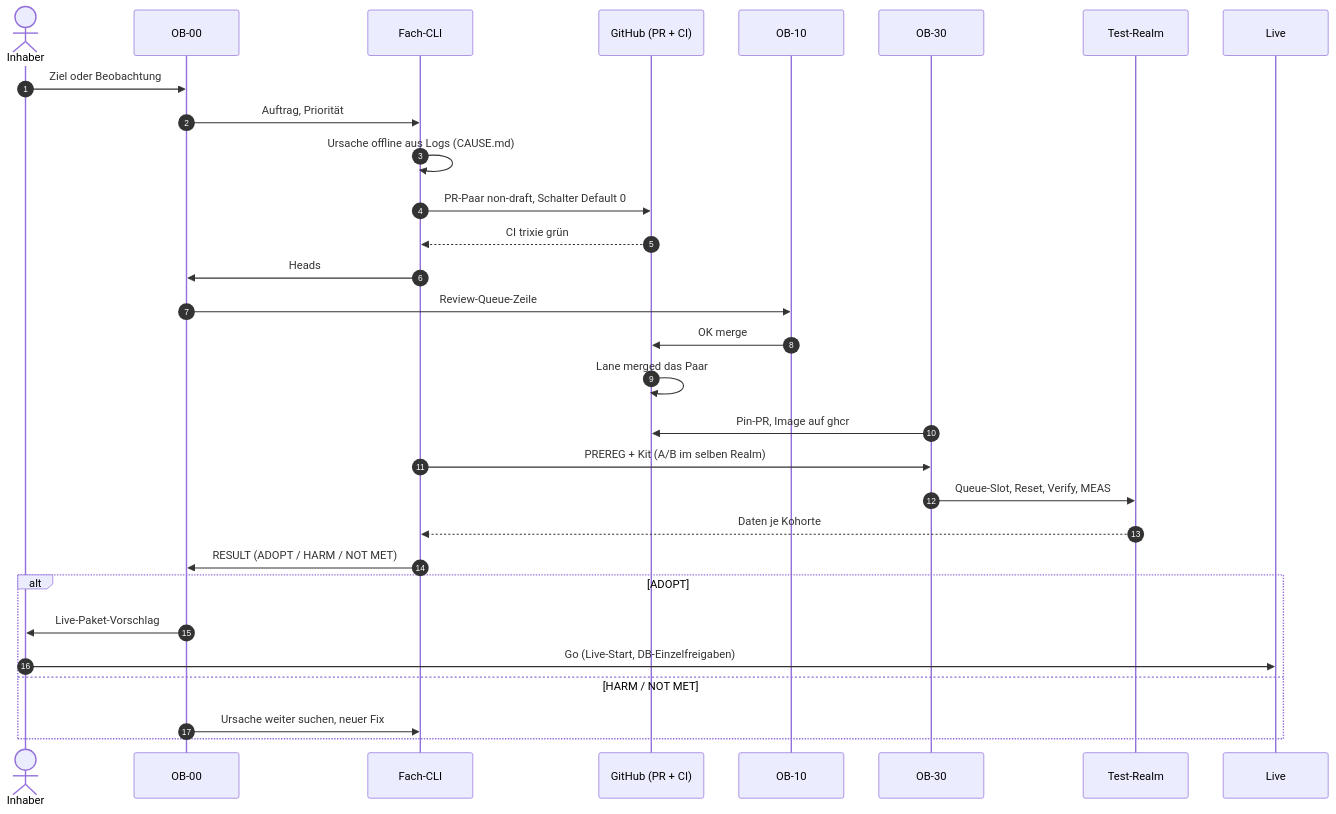
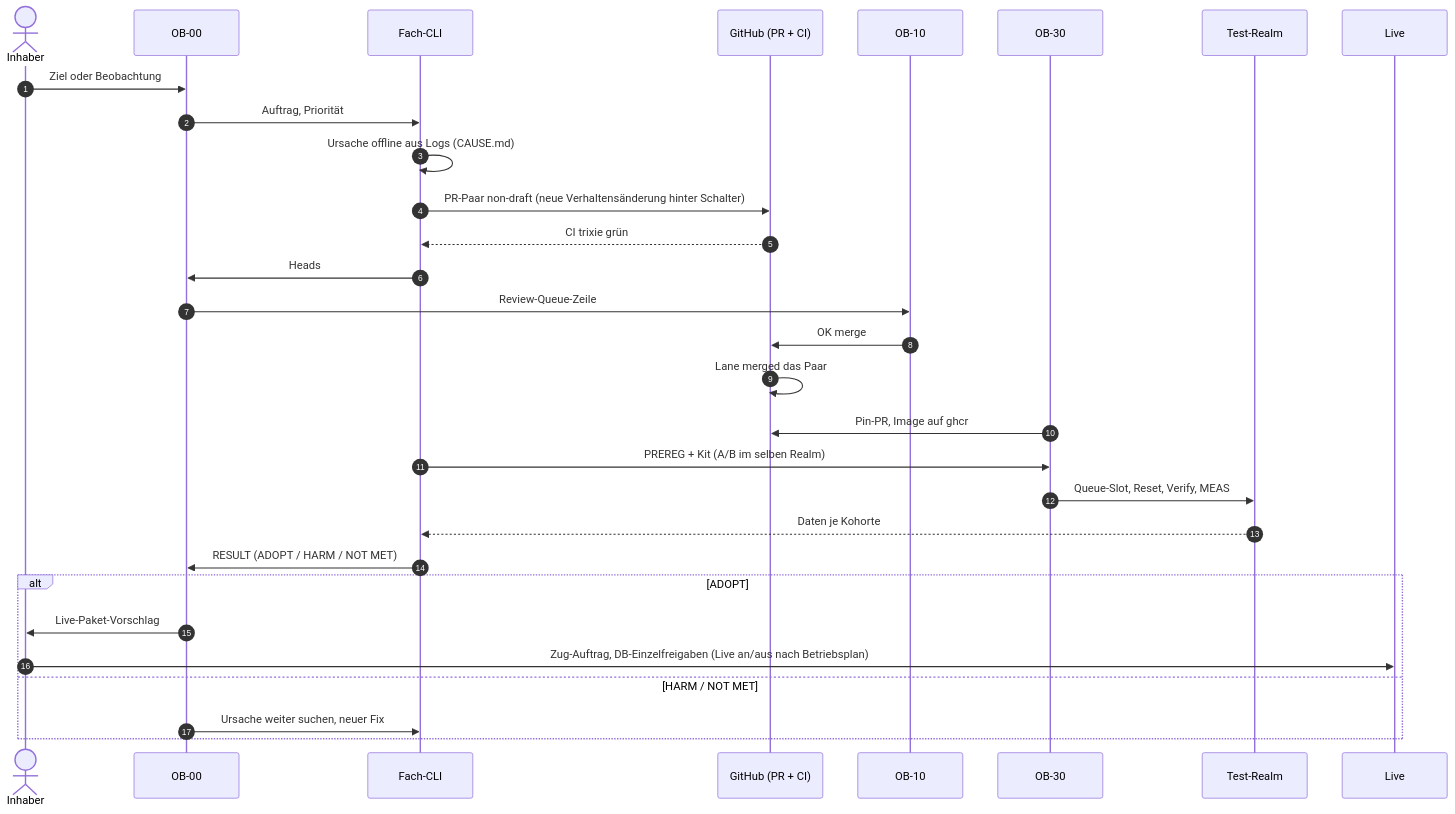
The second of 2 diagrams in docs/CLAUDE-GITHUB-WORKFLOW.md (Cilverkrow/twow-repo), drawn with Mermaid before and after one commit. The commit also changed other lines of this file, not shown here.

Commit message:
docs: Regeln an Ä13/Ä16 und Default-1-Fixe angepasst (Review OB-10)

````diff
--- a/docs/CLAUDE-GITHUB-WORKFLOW.md
+++ b/docs/CLAUDE-GITHUB-WORKFLOW.md
@@ -60,33 +60,33 @@
 ```mermaid
 sequenceDiagram
     autonumber
     actor Inhaber
     participant OB00 as OB-00
     participant CLI as Fach-CLI
     participant GH as GitHub (PR + CI)
     participant OB10 as OB-10
     participant OB30 as OB-30
     participant Test as Test-Realm
     participant Live as Live
 
     Inhaber->>OB00: Ziel oder Beobachtung
     OB00->>CLI: Auftrag, Priorität
     CLI->>CLI: Ursache offline aus Logs (CAUSE.md)
-    CLI->>GH: PR-Paar non-draft, Schalter Default 0
+    CLI->>GH: PR-Paar non-draft (neue Verhaltensänderung hinter Schalter)
     GH-->>CLI: CI trixie grün
     CLI->>OB00: Heads
     OB00->>OB10: Review-Queue-Zeile
     OB10->>GH: OK merge #rel @head #main @head
     GH->>GH: Lane merged das Paar
     OB30->>GH: Pin-PR, Image auf ghcr
     CLI->>OB30: PREREG + Kit (A/B im selben Realm)
     OB30->>Test: Queue-Slot, Reset, Verify, MEAS
     Test-->>CLI: Daten je Kohorte
     CLI->>OB00: RESULT (ADOPT / HARM / NOT MET)
     alt ADOPT
         OB00->>Inhaber: Live-Paket-Vorschlag
-        Inhaber->>Live: Go (Live-Start, DB-Einzelfreigaben)
+        Inhaber->>Live: Zug-Auftrag, DB-Einzelfreigaben (Live an/aus nach Betriebsplan)
     else HARM / NOT MET
         OB00->>CLI: Ursache weiter suchen, neuer Fix
     end
 ```
````
